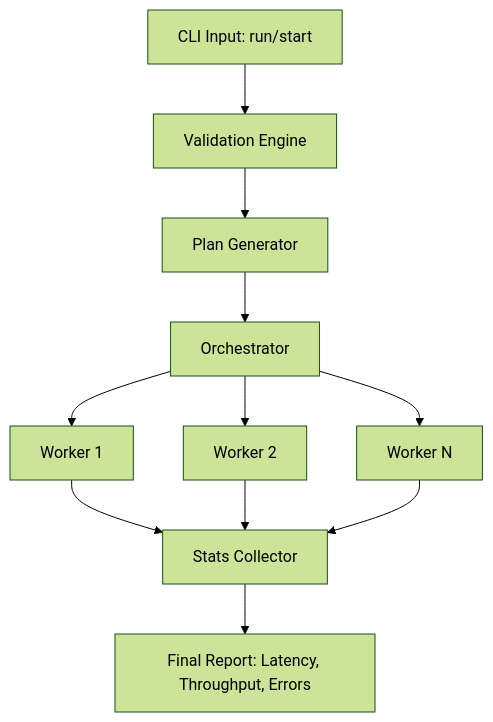
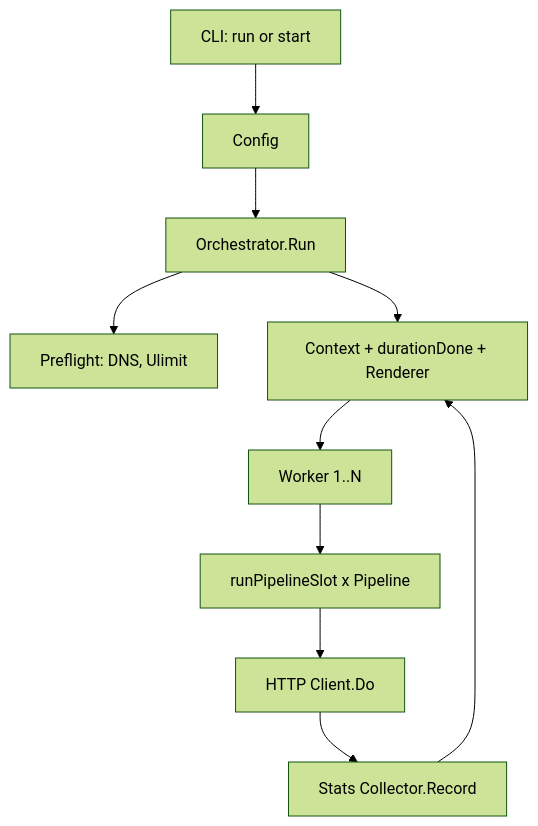
Before and after one commit to TheTangentLine/HTTP_Client: the diagram in ARCHITECTURE.md, drawn with Mermaid (forest theme). The commit also changed other lines of this file and 1 other file, not shown here.

````diff
--- a/ARCHITECTURE.md
+++ b/ARCHITECTURE.md
@@ -5,13 +7,12 @@
 ```mermaid
 graph TD
-    A[CLI Input: run/start] --> B[Validation Engine]
-    B --> C[Plan Generator]
-    C --> D[Orchestrator]
-    D --> E[Worker 1]
-    D --> F[Worker 2]
-    D --> G[Worker N]
-    E --> H[Stats Collector]
-    F --> H
-    G --> H
-    H --> I[Final Report: Latency, Throughput, Errors]
+    A[CLI: run or start] --> B[Config]
+    B --> C[Orchestrator.Run]
+    C --> D[Preflight: DNS, Ulimit]
+    C --> E[Context + durationDone + Renderer]
+    E --> F[Worker 1..N]
+    F --> G[runPipelineSlot x Pipeline]
+    G --> H[HTTP Client.Do]
+    H --> I[Stats Collector.Record]
+    I --> E
 ```
````
